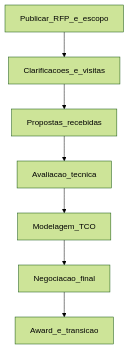
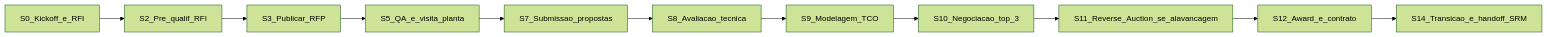
The second of 2 diagrams in aulas/trilha-logistica-estrategica/modulo-02-procurement-strategic-sourcing/aula-02-tco-rfp-negociacao.md (cleberhensel/logisticon-academy), drawn with Mermaid (forest theme) before and after one commit. The commit also changed other lines of this file and 122 other files, not shown here.

````diff
--- a/aulas/trilha-logistica-estrategica/modulo-02-procurement-strategic-sourcing/aula-02-tco-rfp-negociacao.md
+++ b/aulas/trilha-logistica-estrategica/modulo-02-procurement-strategic-sourcing/aula-02-tco-rfp-negociacao.md
@@ -49,11 +195,15 @@
 ```mermaid
-flowchart TD
-  R1[Publicar_RFP_e_escopo]
-  R2[Clarificacoes_e_visitas]
-  R3[Propostas_recebidas]
-  R4[Avaliacao_tecnica]
-  R5[Modelagem_TCO]
-  R6[Negociacao_final]
-  R7[Award_e_transicao]
-  R1 --> R2 --> R3 --> R4 --> R5 --> R6 --> R7
+flowchart LR
+  W0[S0_Kickoff_e_RFI]
+  W2[S2_Pre_qualif_RFI]
+  W3[S3_Publicar_RFP]
+  W5[S5_QA_e_visita_planta]
+  W7[S7_Submissao_propostas]
+  W8[S8_Avaliacao_tecnica]
+  W9[S9_Modelagem_TCO]
+  W10[S10_Negociacao_top_3]
+  W11[S11_Reverse_Auction_se_alavancagem]
+  W12[S12_Award_e_contrato]
+  W14[S14_Transicao_e_handoff_SRM]
+  W0 --> W2 --> W3 --> W5 --> W7 --> W8 --> W9 --> W10 --> W11 --> W12 --> W14
 ```
````
